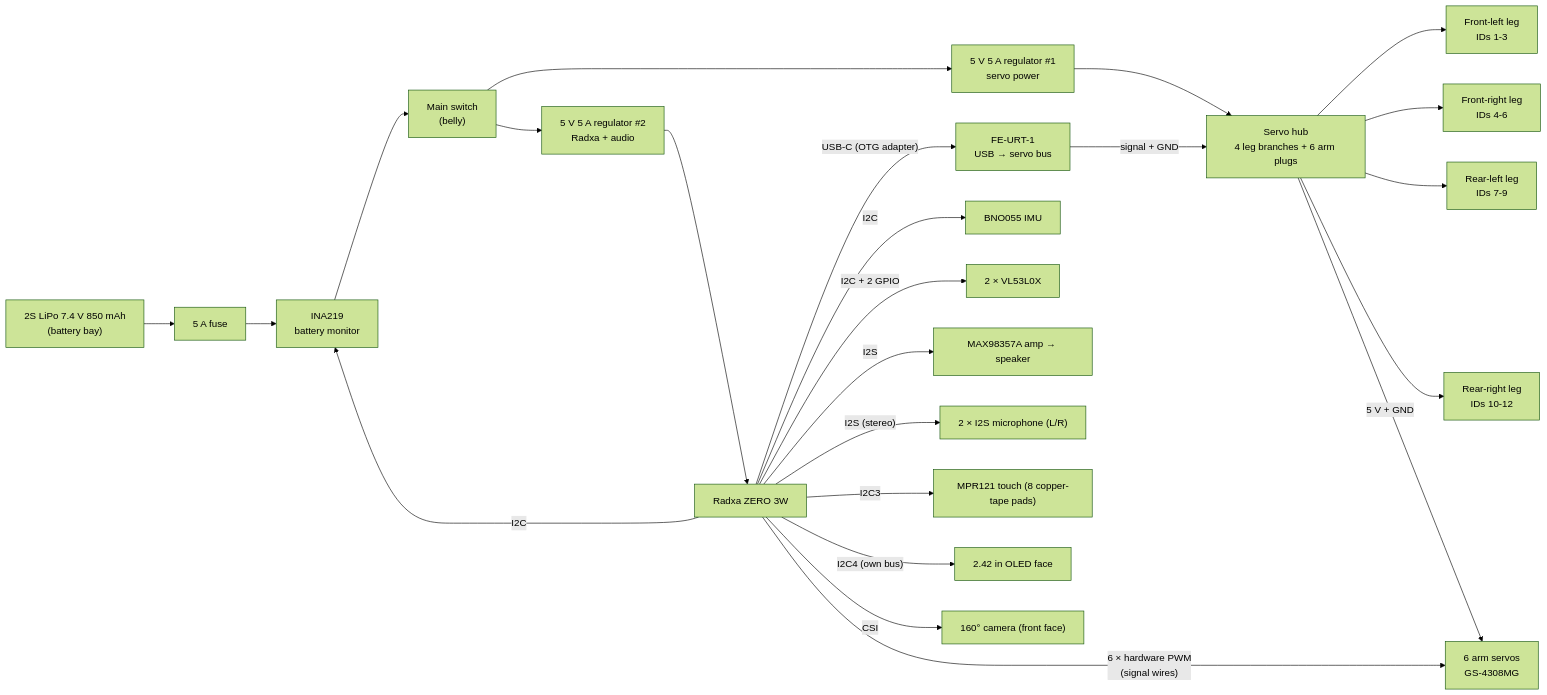
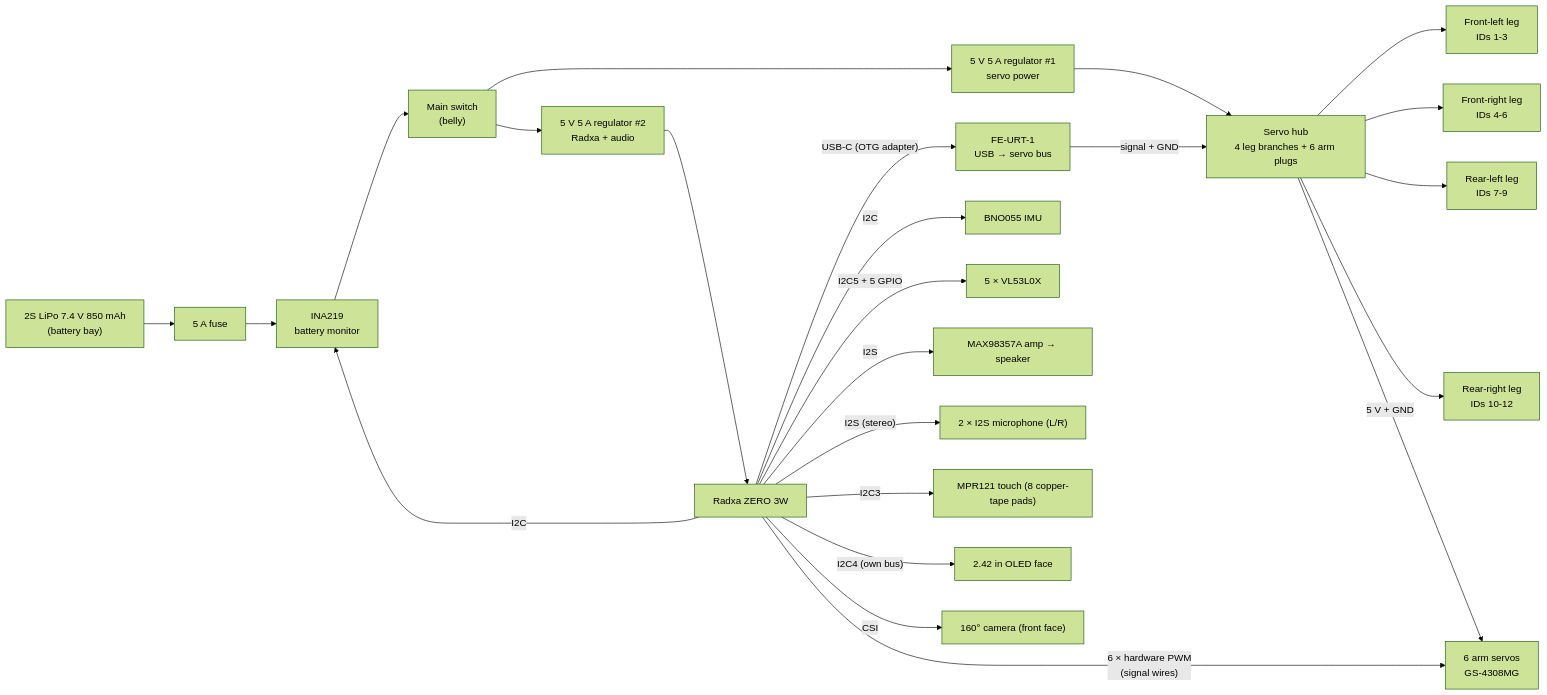
Before and after one commit to rhythmshandlya/pinch: the diagram in hardware/electronics.md, drawn with Mermaid (forest theme). The commit also changed other lines of this file and 38 other files, not shown here.

````diff
--- a/hardware/electronics.md
+++ b/hardware/electronics.md
@@ -23,26 +23,26 @@
 ```mermaid
 flowchart LR
     BAT["2S LiPo 7.4 V 850 mAh<br/>(battery bay)"] --> FUSE["5 A fuse"]
     FUSE --> INA["INA219<br/>battery monitor"]
     INA --> SW["Main switch<br/>(belly)"]
     SW --> REG6["5 V 5 A regulator #1<br/>servo power"]
     SW --> REG5["5 V 5 A regulator #2<br/>Radxa + audio"]
     REG6 --> HUB["Servo hub<br/>4 leg branches + 6 arm plugs"]
     URT["FE-URT-1<br/>USB → servo bus"] -- "signal + GND" --> HUB
     HUB --> FL["Front-left leg<br/>IDs 1-3"]
     HUB --> FR["Front-right leg<br/>IDs 4-6"]
     HUB --> RL["Rear-left leg<br/>IDs 7-9"]
     HUB --> RR["Rear-right leg<br/>IDs 10-12"]
     HUB -- "5 V + GND" --> ARMS["6 arm servos<br/>GS-4308MG"]
     REG5 --> PI["Radxa ZERO 3W"]
     PI -- "6 × hardware PWM<br/>(signal wires)" --> ARMS
     PI -- "USB-C (OTG adapter)" --> URT
     PI -- "I2C" --> IMU["BNO055 IMU"]
     PI -- "I2C" --> INA
-    PI -- "I2C + 2 GPIO" --> TOF["2 × VL53L0X"]
+    PI -- "I2C5 + 5 GPIO" --> TOF["5 × VL53L0X"]
     PI -- "I2S" --> AMP["MAX98357A amp → speaker"]
     PI -- "I2S (stereo)" --> MIC["2 × I2S microphone (L/R)"]
     PI -- "I2C3" --> TOUCH["MPR121 touch (8 copper-tape pads)"]
     PI -- "I2C4 (own bus)" --> FACE["2.42 in OLED face"]
     PI -- "CSI" --> CAM["160° camera (front face)"]
 ```
````
